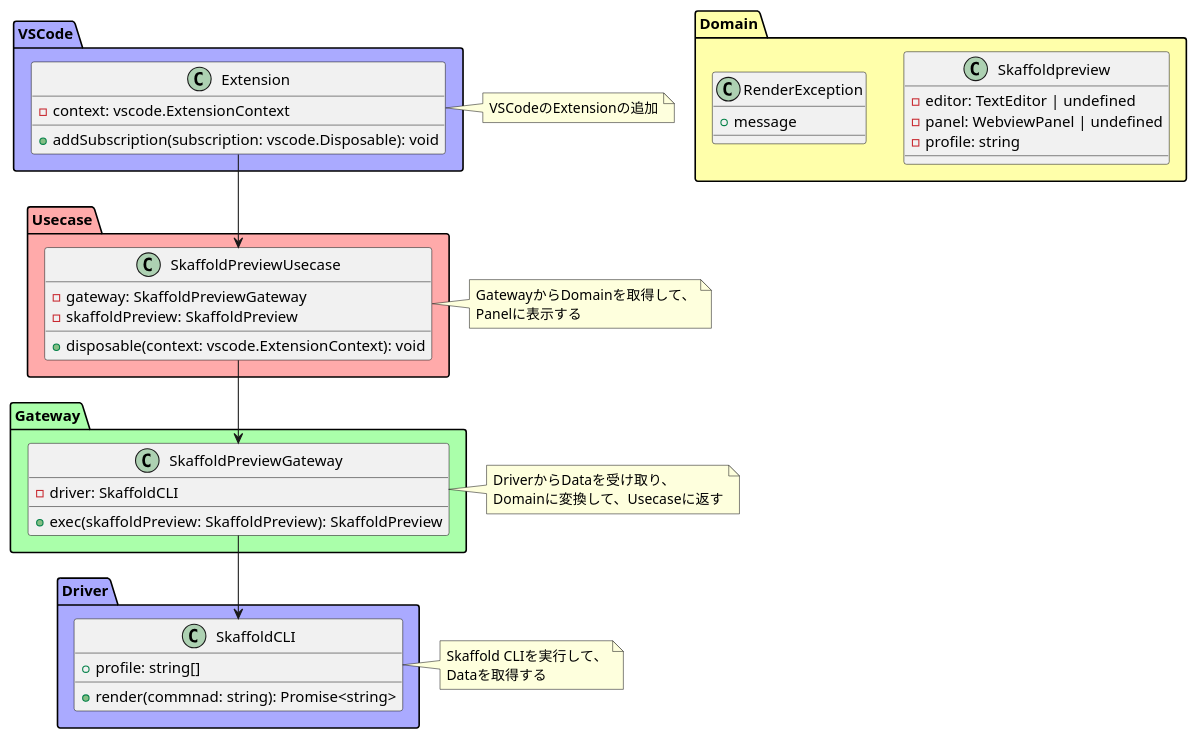
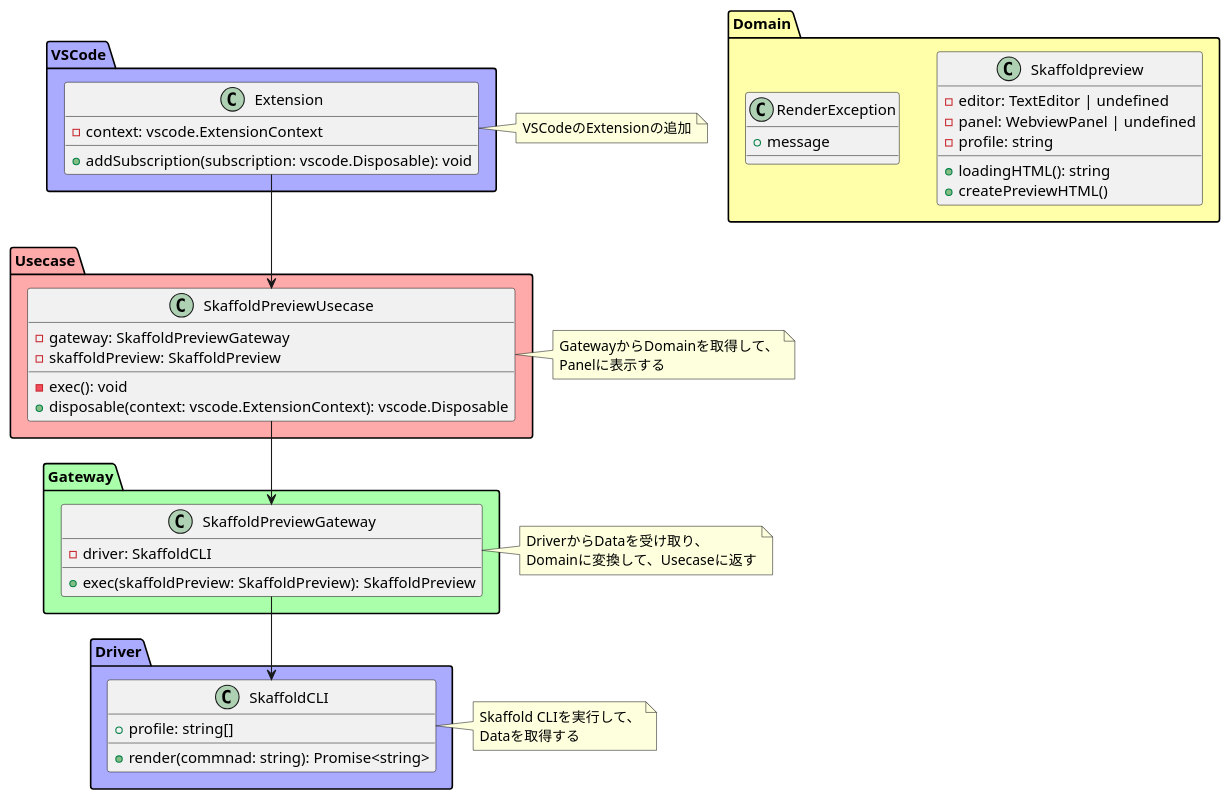
Before and after one commit to maaaashi/skaffold-preview: the diagram in docs/class.pu, drawn with PlantUML. The commit also changed 2 other files, not shown here.

```diff
--- a/docs/class.pu
+++ b/docs/class.pu
@@ -1,69 +1,72 @@
 @startuml
 
 package VSCode #AAAAFF {
   class Extension {
     - context: vscode.ExtensionContext
     + addSubscription(subscription: vscode.Disposable): void
   }
 }
 
 package Domain #FFFFAA {
   class Skaffoldpreview {
     - editor: TextEditor | undefined
     - panel: WebviewPanel | undefined
     - profile: string
+    + loadingHTML(): string
+    + createPreviewHTML()
   }
 
   class RenderException {
     + message
   }
 }
 
 note right of Extension
   VSCodeのExtensionの追加
 end note
 
 package Usecase #FFAAAA {
   class SkaffoldPreviewUsecase {
     - gateway: SkaffoldPreviewGateway
     - skaffoldPreview: SkaffoldPreview
-    + disposable(context: vscode.ExtensionContext): void
+    - exec(): void
+    + disposable(context: vscode.ExtensionContext): vscode.Disposable
   }
 }
 
 note right of SkaffoldPreviewUsecase
   GatewayからDomainを取得して、
   Panelに表示する
 end note
 
 SkaffoldPreviewUsecase <-up- Extension
 
 package Gateway #AAFFAA {
   class SkaffoldPreviewGateway {
     - driver: SkaffoldCLI
     + exec(skaffoldPreview: SkaffoldPreview): SkaffoldPreview
   }
 
   SkaffoldPreviewGateway <-up- SkaffoldPreviewUsecase
 }
 
 note right of SkaffoldPreviewGateway
   DriverからDataを受け取り、
   Domainに変換して、Usecaseに返す
 end note
 
 package Driver #AAAAFF {
   class SkaffoldCLI {
     + profile: string[]
     + render(commnad: string): Promise<string>
   }
 }
 
 note right of SkaffoldCLI
   Skaffold CLIを実行して、
   Dataを取得する
 end note
 
 SkaffoldCLI <-up- SkaffoldPreviewGateway
 
 @enduml
```
